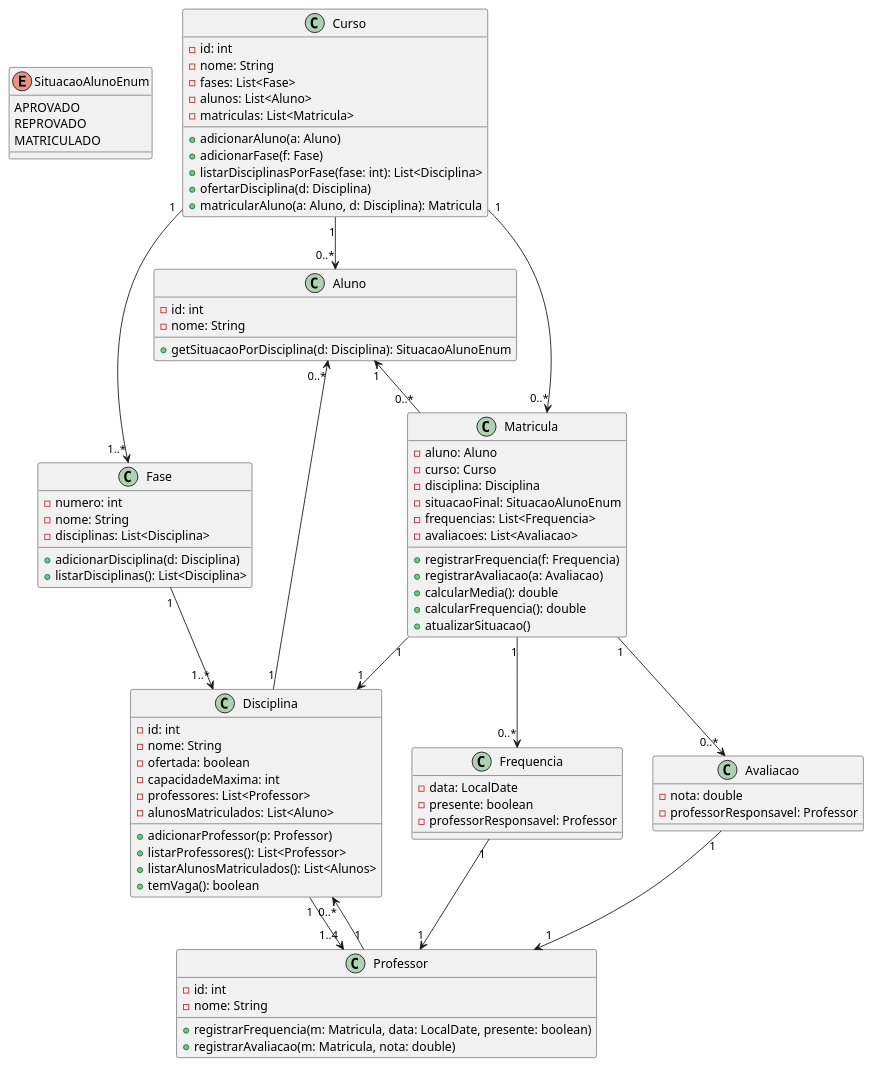
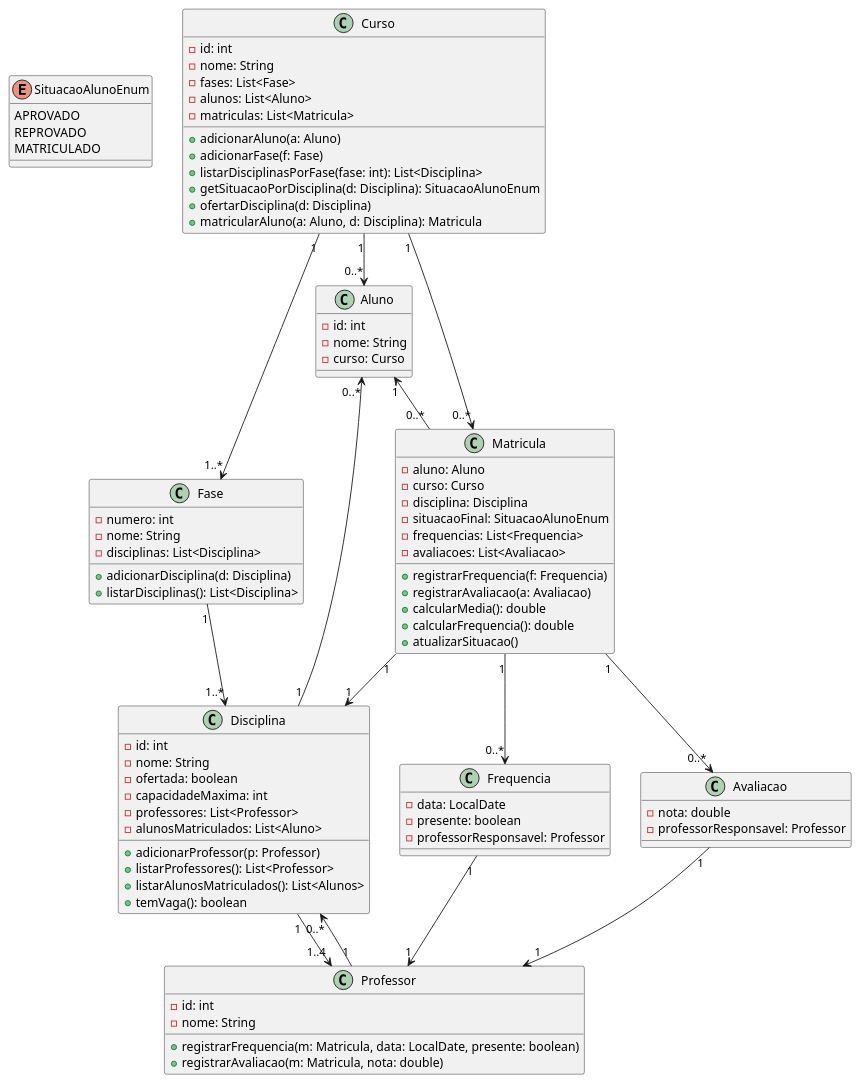
One commit to FuruyaSKR/POO2 changed the diagram in trabalhos/src/main/java/SistemaAcademico/sistema_academico_uml.puml. Above: the diagram before and after it, drawn with PlantUML. The commit also changed 18 other files, not shown here.

```diff
--- a/trabalhos/src/main/java/SistemaAcademico/sistema_academico_uml.puml
+++ b/trabalhos/src/main/java/SistemaAcademico/sistema_academico_uml.puml
@@ -1,105 +1,105 @@
 @startuml SistemaAcademicoFinal
 
 enum SituacaoAlunoEnum {
   APROVADO
   REPROVADO
   MATRICULADO
 }
 
 class Aluno {
   - id: int
   - nome: String
-
-  + getSituacaoPorDisciplina(d: Disciplina): SituacaoAlunoEnum
+  - curso: Curso
 }
 
 class Curso {
   - id: int
   - nome: String
   - fases: List<Fase>
   - alunos: List<Aluno>
   - matriculas: List<Matricula>
 
   + adicionarAluno(a: Aluno)
   + adicionarFase(f: Fase)
   + listarDisciplinasPorFase(fase: int): List<Disciplina>
+  + getSituacaoPorDisciplina(d: Disciplina): SituacaoAlunoEnum
   + ofertarDisciplina(d: Disciplina)
   + matricularAluno(a: Aluno, d: Disciplina): Matricula
 }
 
 class Fase {
   - numero: int
   - nome: String
   - disciplinas: List<Disciplina>
 
   + adicionarDisciplina(d: Disciplina)
   + listarDisciplinas(): List<Disciplina>
 }
 
 class Disciplina {
   - id: int
   - nome: String
   - ofertada: boolean
   - capacidadeMaxima: int
   - professores: List<Professor>
   - alunosMatriculados: List<Aluno>
 
   + adicionarProfessor(p: Professor)
   + listarProfessores(): List<Professor>
   + listarAlunosMatriculados(): List<Alunos>
   + temVaga(): boolean
 }
 
 class Professor {
   - id: int
   - nome: String
 
   + registrarFrequencia(m: Matricula, data: LocalDate, presente: boolean)
   + registrarAvaliacao(m: Matricula, nota: double)
 }
 
 class Matricula {
   - aluno: Aluno
   - curso: Curso
   - disciplina: Disciplina
   - situacaoFinal: SituacaoAlunoEnum
   - frequencias: List<Frequencia>
   - avaliacoes: List<Avaliacao>
 
   + registrarFrequencia(f: Frequencia)
   + registrarAvaliacao(a: Avaliacao)
   + calcularMedia(): double
   + calcularFrequencia(): double
   + atualizarSituacao()
 }
 
 class Frequencia {
   - data: LocalDate
   - presente: boolean
   - professorResponsavel: Professor
 }
 
 class Avaliacao {
   - nota: double
   - professorResponsavel: Professor
 }
 
 Curso "1" --> "1..*" Fase
 Fase "1" --> "1..*" Disciplina
 Curso "1" --> "0..*" Aluno
 Curso "1" --> "0..*" Matricula
 
 Disciplina "1" --> "1..4" Professor
 Professor "1" --> "0..*" Disciplina
 
 Disciplina "1" --> "0..*" Aluno
 
 Matricula "1" --> "1" Disciplina
 Aluno "1" <-- "0..*" Matricula
 
 Matricula "1" --> "0..*" Frequencia
 Matricula "1" --> "0..*" Avaliacao
 Frequencia "1" --> "1" Professor
 Avaliacao "1" --> "1" Professor
 
 @enduml
```
